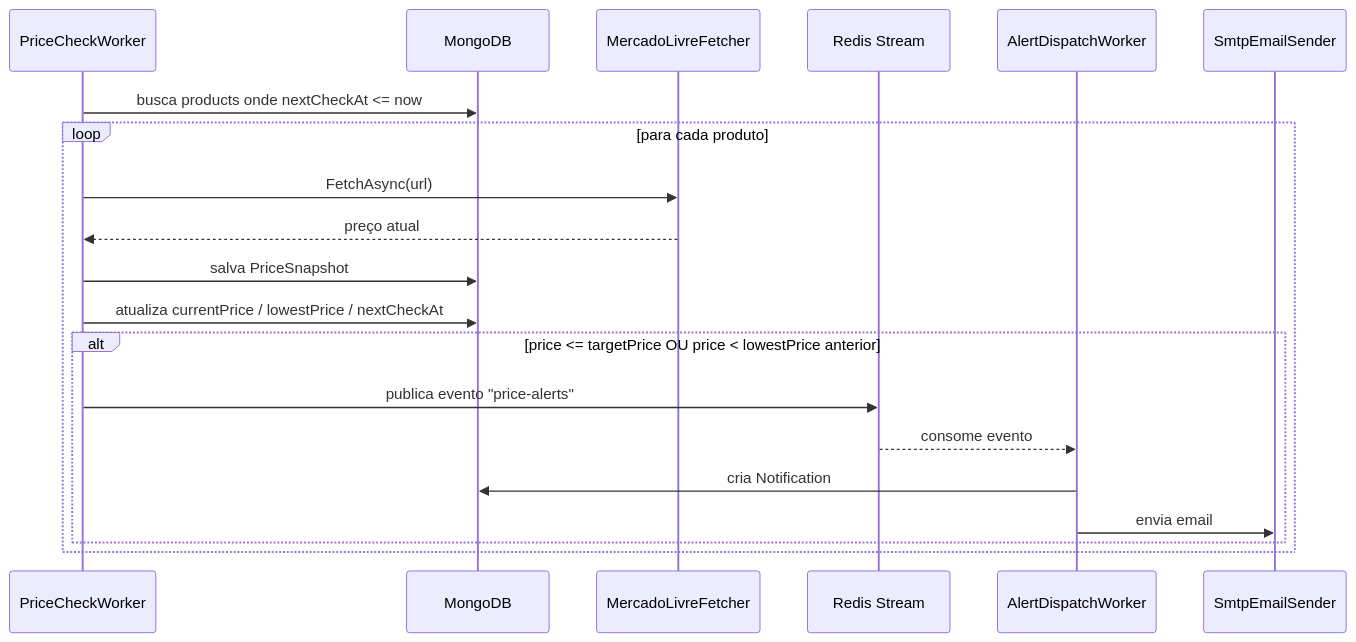
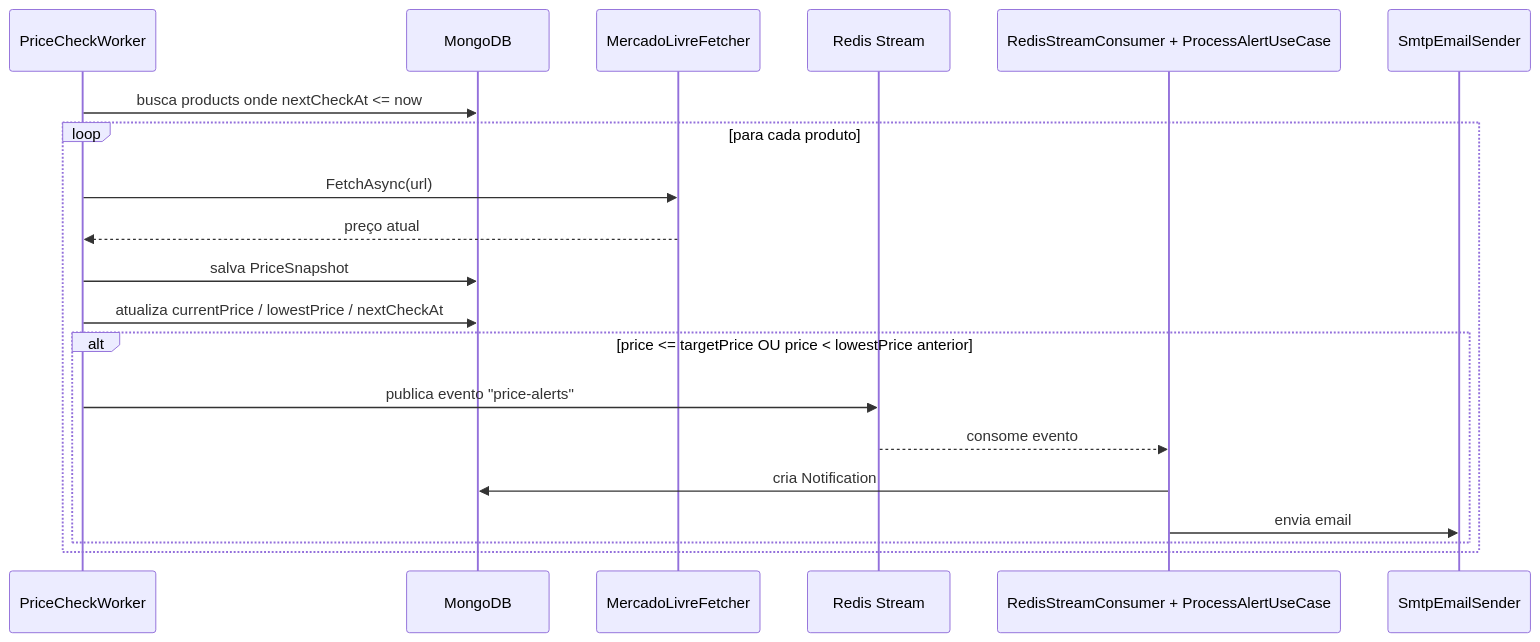
The second of 5 diagrams in docs/arquitetura.md (GustavoDaMassa/PriceWatchAPI), drawn with Mermaid before and after one commit. The commit also changed other lines of this file and 8 other files, not shown here.

Commit message:
docs: document multi-store pivot, v1 architecture and plan

````diff
--- a/docs/arquitetura.md
+++ b/docs/arquitetura.md
@@ -137,23 +143,23 @@
 ```mermaid
 sequenceDiagram
     participant W as PriceCheckWorker
     participant DB as MongoDB
     participant ML as MercadoLivreFetcher
     participant RS as Redis Stream
-    participant AD as AlertDispatchWorker
+    participant AD as RedisStreamConsumer + ProcessAlertUseCase
     participant Email as SmtpEmailSender
 
     W->>DB: busca products onde nextCheckAt <= now
     loop para cada produto
         W->>ML: FetchAsync(url)
         ML-->>W: preço atual
         W->>DB: salva PriceSnapshot
         W->>DB: atualiza currentPrice / lowestPrice / nextCheckAt
         alt price <= targetPrice OU price < lowestPrice anterior
             W->>RS: publica evento "price-alerts"
             RS-->>AD: consome evento
             AD->>DB: cria Notification
             AD->>Email: envia email
         end
     end
 ```
````
